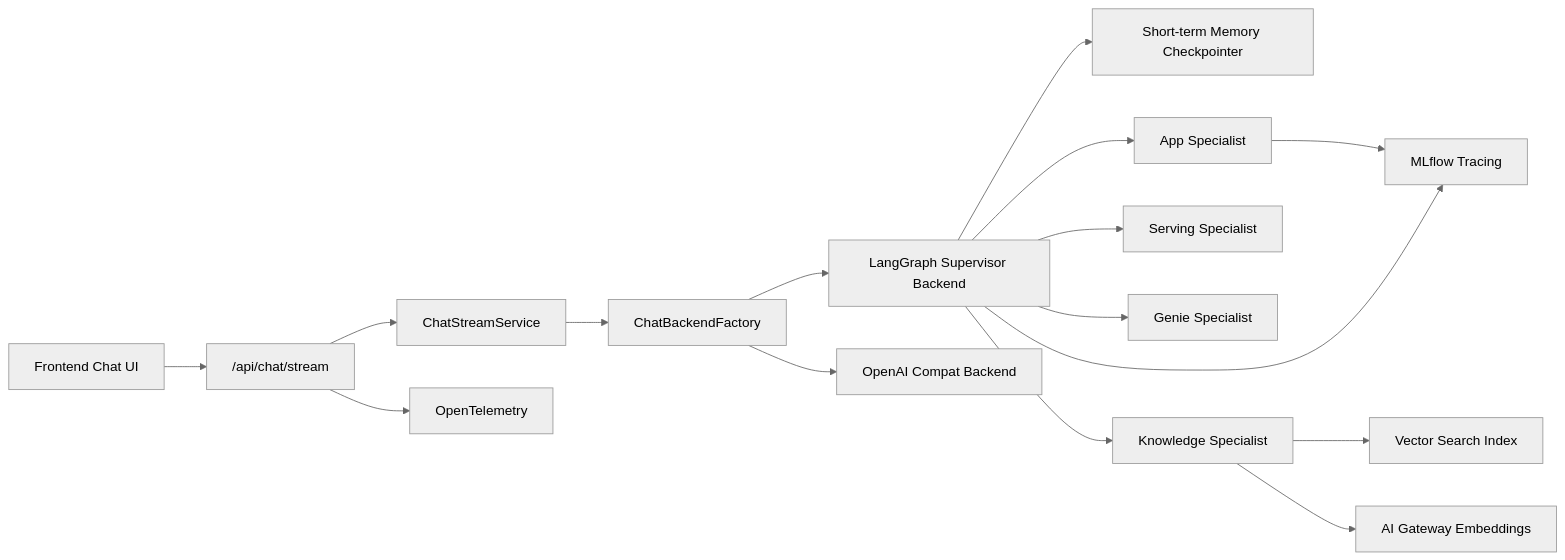
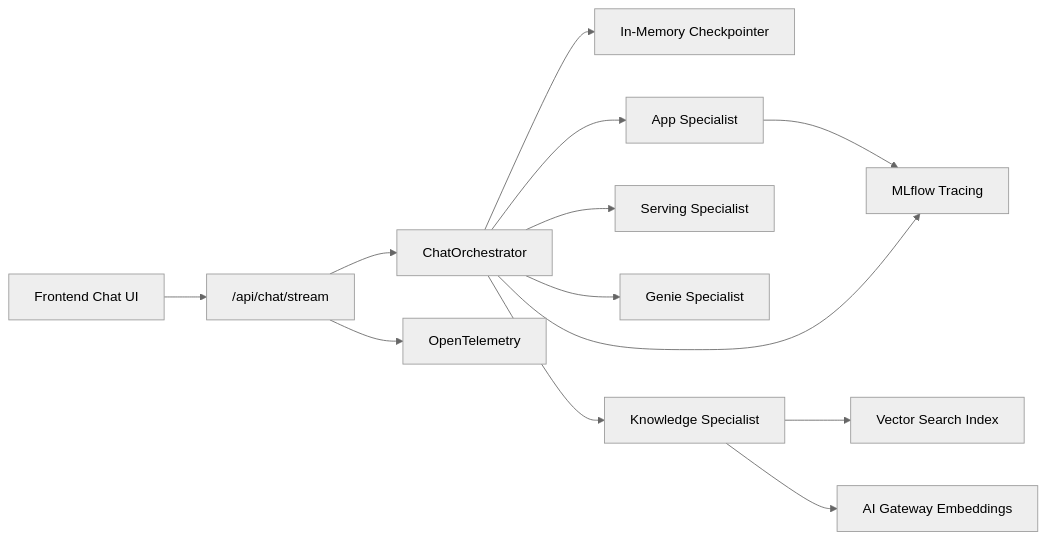
The diagram in README.md (Paldom/databricks-apps-fastapi-starter), drawn with Mermaid (neutral theme) before and after one commit. The commit also changed other lines of this file and 9 other files, not shown here.

````diff
--- a/README.md
+++ b/README.md
@@ -197,21 +193,18 @@
 ```mermaid
 flowchart LR
     UI[Frontend Chat UI] --> API["/api/chat/stream"]
-    API --> CSS[ChatStreamService]
-    CSS --> FACTORY[ChatBackendFactory]
-    FACTORY --> LG[LangGraph Supervisor Backend]
-    FACTORY --> OAI[OpenAI Compat Backend]
+    API --> ORCH[ChatOrchestrator]
 
-    LG --> MEM[Short-term Memory Checkpointer]
-    LG --> APP[App Specialist]
-    LG --> SERVE[Serving Specialist]
-    LG --> GENIE[Genie Specialist]
-    LG --> KNOW[Knowledge Specialist]
+    ORCH --> MEM[In-Memory Checkpointer]
+    ORCH --> APP[App Specialist]
+    ORCH --> SERVE[Serving Specialist]
+    ORCH --> GENIE[Genie Specialist]
+    ORCH --> KNOW[Knowledge Specialist]
 
     KNOW --> VS[Vector Search Index]
     KNOW --> AIGW[AI Gateway Embeddings]
 
     APP --> MLFLOW[MLflow Tracing]
-    LG --> MLFLOW
+    ORCH --> MLFLOW
     API --> OTEL[OpenTelemetry]
 ```
````
